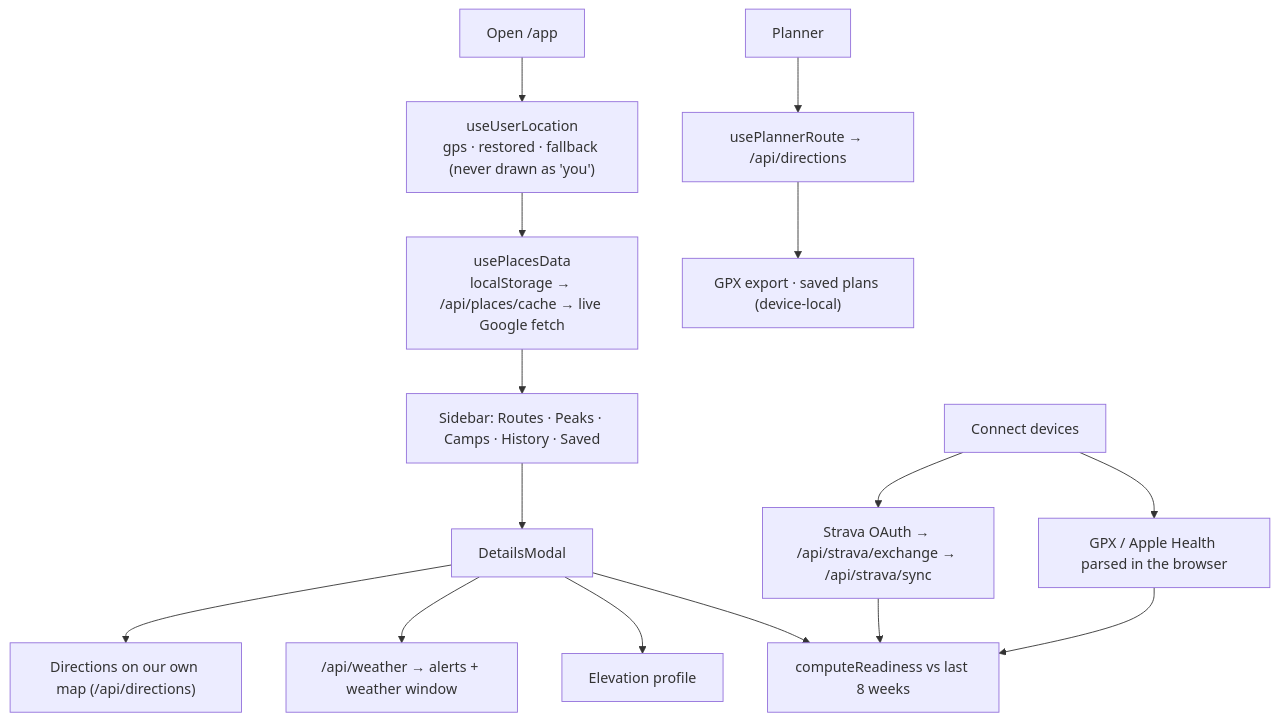
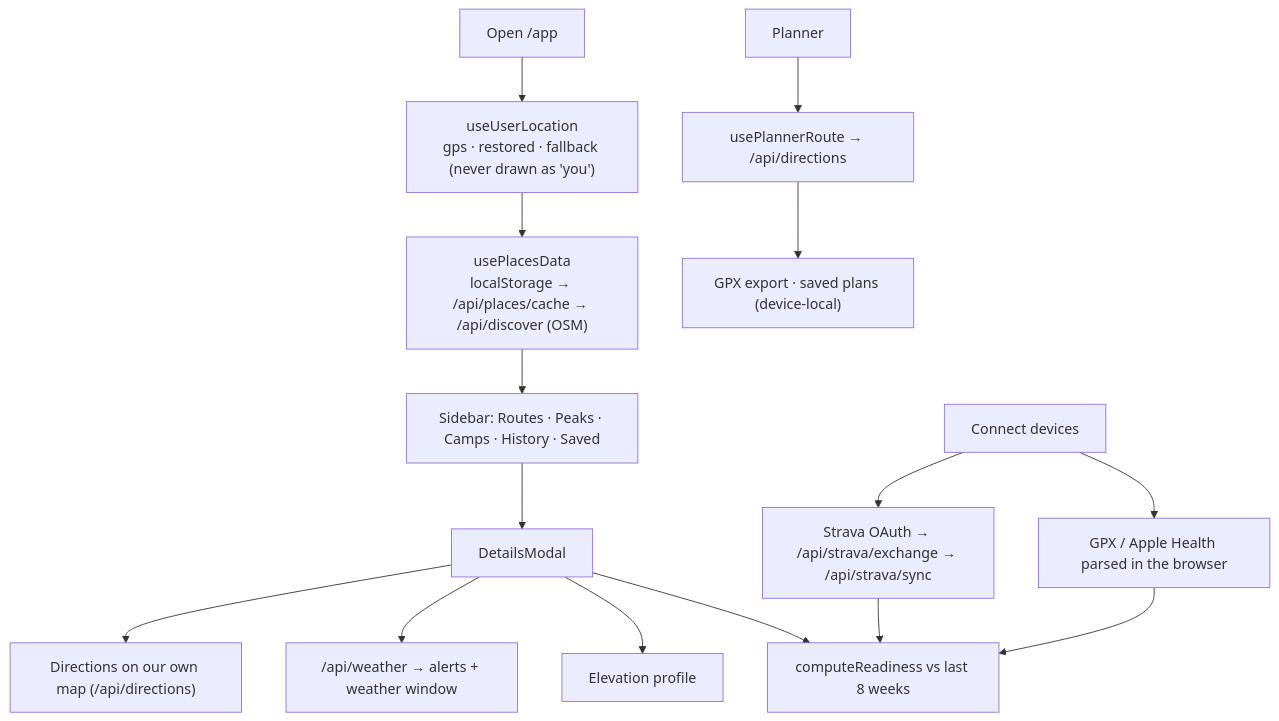
One commit to Oweeboi011/Fit-Ready-IQ changed the third of 5 diagrams in docs/guides/architecture.md. Above: the diagram before and after it, drawn with Mermaid. The commit also changed other lines of this file and 47 other files, not shown here.

````diff
--- a/docs/guides/architecture.md
+++ b/docs/guides/architecture.md
@@ -67,16 +69,16 @@
 ```mermaid
 flowchart TD
     A["Open /app"] --> B["useUserLocation<br/>gps · restored · fallback (never drawn as 'you')"]
-    B --> C["usePlacesData<br/>localStorage → /api/places/cache → live Google fetch"]
+    B --> C["usePlacesData<br/>localStorage → /api/places/cache → /api/discover (OSM)"]
     C --> D["Sidebar: Routes · Peaks · Camps · History · Saved"]
     D --> E["DetailsModal"]
     E --> E1["Elevation profile"]
     E --> E2["/api/weather → alerts + weather window"]
     E --> E3["computeReadiness vs last 8 weeks"]
     E --> E4["Directions on our own map (/api/directions)"]
     F["Connect devices"] --> F1["Strava OAuth → /api/strava/exchange → /api/strava/sync"]
     F --> F2["GPX / Apple Health parsed in the browser"]
     F1 --> E3
     F2 --> E3
     G["Planner"] --> G1["usePlannerRoute → /api/directions"] --> G2["GPX export · saved plans (device-local)"]
 ```
````
